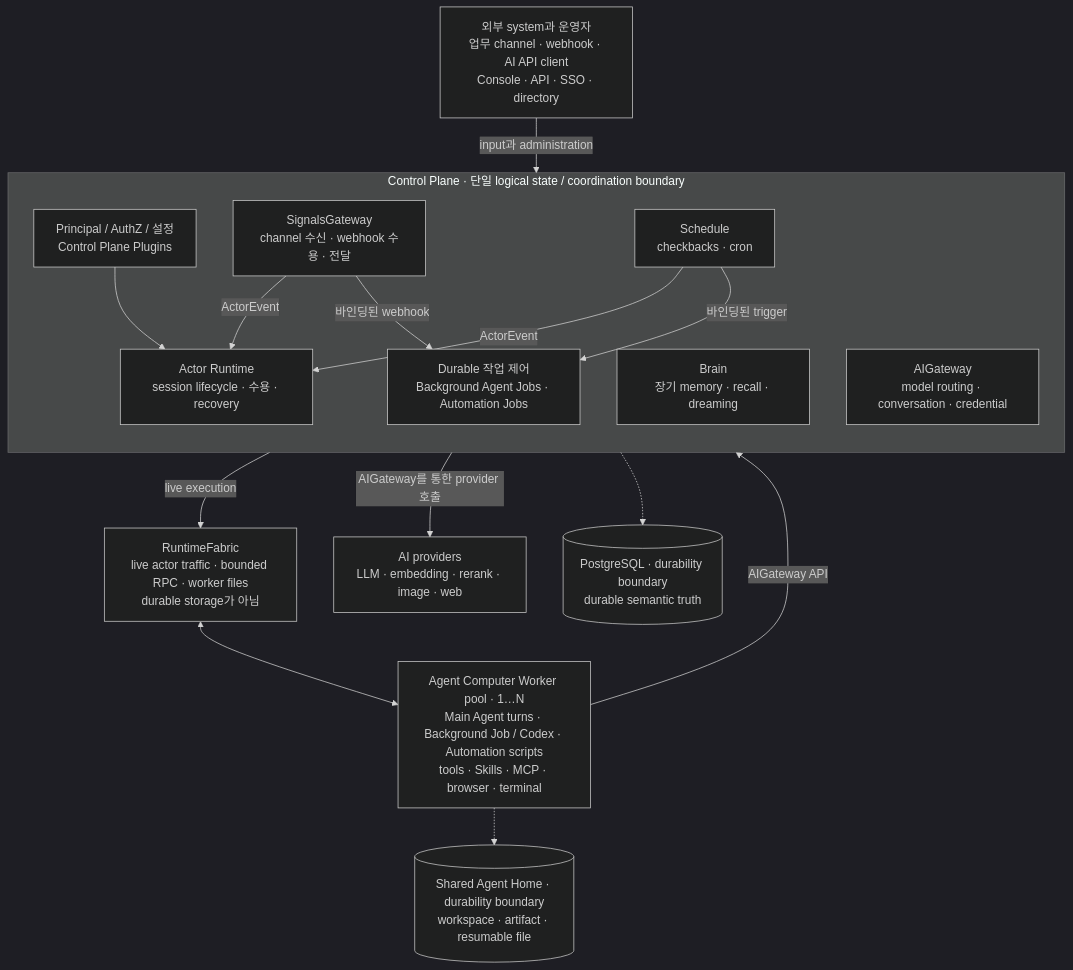
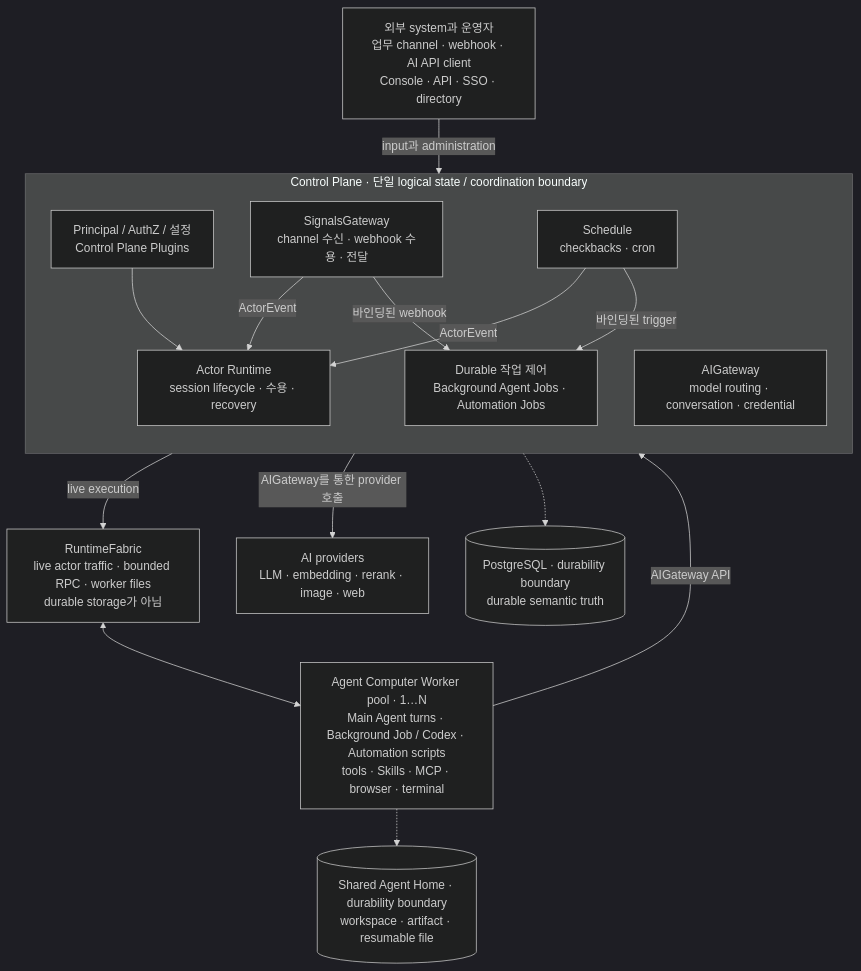
The diagram in README.ko.md (AgentBull/ankole), drawn with Mermaid (dark theme) before and after one commit. The commit also changed other lines of this file and 387 other files, not shown here.

````diff
--- a/README.ko.md
+++ b/README.ko.md
@@ -84,35 +78,34 @@
 ```mermaid
 flowchart TB
   External["외부 system과 운영자<br/>업무 channel · webhook · AI API client<br/>Console · API · SSO · directory"]
 
   subgraph Control["Control Plane · 단일 logical state / coordination boundary"]
     direction TB
     Platform["Principal / AuthZ / 설정<br/>Control Plane Plugins"]
     SG["SignalsGateway<br/>channel 수신 · webhook 수용 · 전달"]
     Schedule["Schedule<br/>checkbacks · cron"]
     Runtime["Actor Runtime<br/>session lifecycle · 수용 · recovery"]
     Jobs["Durable 작업 제어<br/>Background Agent Jobs · Automation Jobs"]
-    Brain["Brain<br/>장기 memory · recall · dreaming"]
     AI["AIGateway<br/>model routing · conversation · credential"]
   end
 
   Fabric["RuntimeFabric<br/>live actor traffic · bounded RPC · worker files<br/>durable storage가 아님"]
   Workers["Agent Computer Worker pool · 1…N<br/>Main Agent turns · Background Job / Codex · Automation scripts<br/>tools · Skills · MCP · browser · terminal"]
   Providers["AI providers<br/>LLM · embedding · rerank · image · web"]
 
   PG[("PostgreSQL · durability boundary<br/>durable semantic truth")]
   Home[("Shared Agent Home · durability boundary<br/>workspace · artifact · resumable file")]
 
   External -->|"input과 administration"| Control
   SG -->|"ActorEvent"| Runtime
   Schedule -->|"ActorEvent"| Runtime
   SG -->|"바인딩된 webhook"| Jobs
   Schedule -->|"바인딩된 trigger"| Jobs
   Platform --> Runtime
   Control -->|"live execution"| Fabric
   Fabric <--> Workers
   Workers -->|"AIGateway API"| Control
   Control -->|"AIGateway를 통한 provider 호출"| Providers
   Control -.-> PG
   Workers -.-> Home
 ```
````
